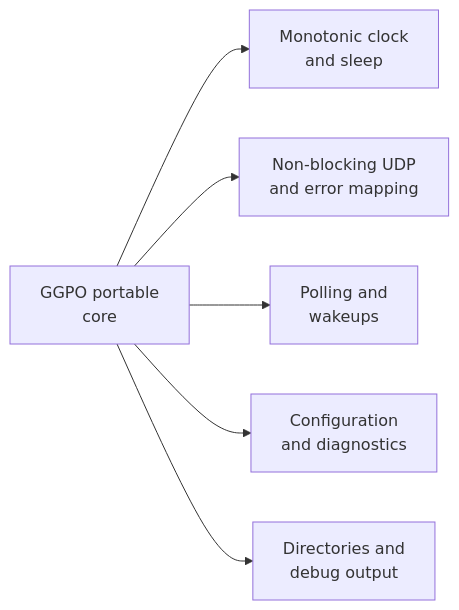
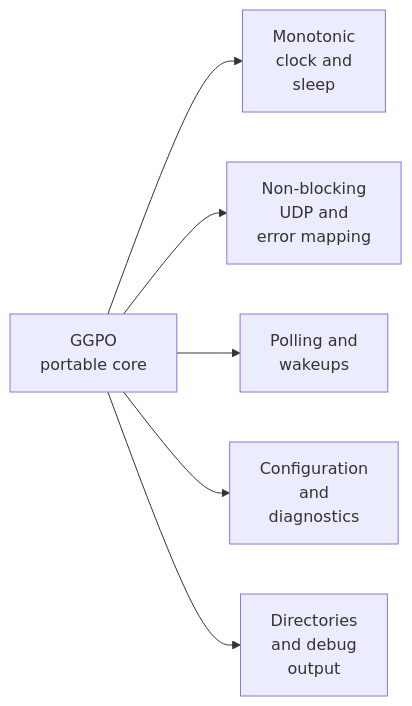
The diagram in doc/architecture/Portability.md (irregularthanis/ggpo-next), drawn with Mermaid before and after one commit. The commit also changed 8 other files, not shown here.

Commit message:
docs: tighten all architecture diagram wrapping

````diff
--- a/doc/architecture/Portability.md
+++ b/doc/architecture/Portability.md
@@ -49,15 +49,15 @@
 ```mermaid
 flowchart LR
-    Core["GGPO portable<br/>core"]
-    Clock["Monotonic clock<br/>and sleep"]
-    Socket["Non-blocking UDP<br/>and error mapping"]
+    Core["GGPO<br/>portable core"]
+    Clock["Monotonic<br/>clock and<br/>sleep"]
+    Socket["Non-blocking<br/>UDP and<br/>error mapping"]
     Poll["Polling and<br/>wakeups"]
-    Config["Configuration<br/>and diagnostics"]
-    Files["Directories and<br/>debug output"]
+    Config["Configuration<br/>and<br/>diagnostics"]
+    Files["Directories<br/>and debug<br/>output"]
 
     Core --> Clock
     Core --> Socket
     Core --> Poll
     Core --> Config
     Core --> Files
 ```
````
